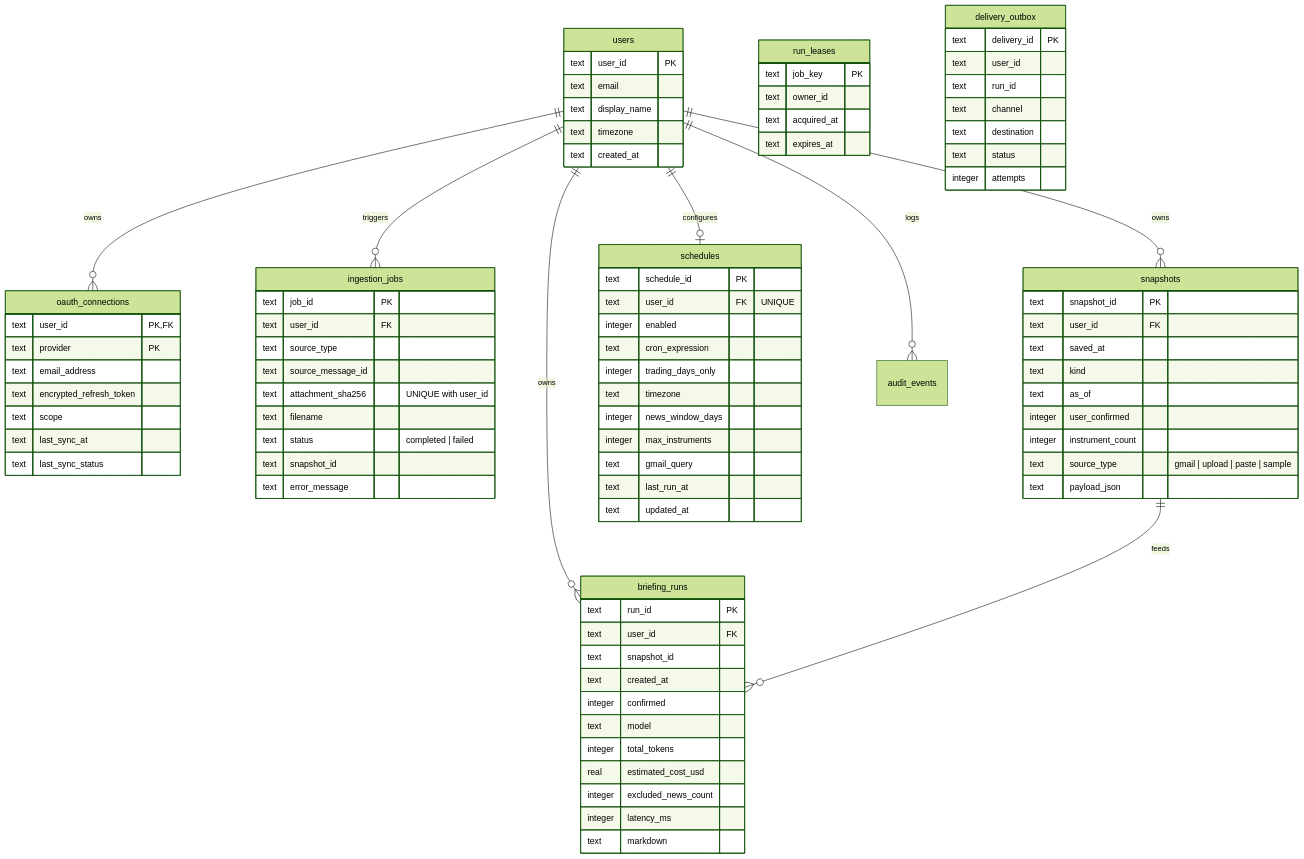
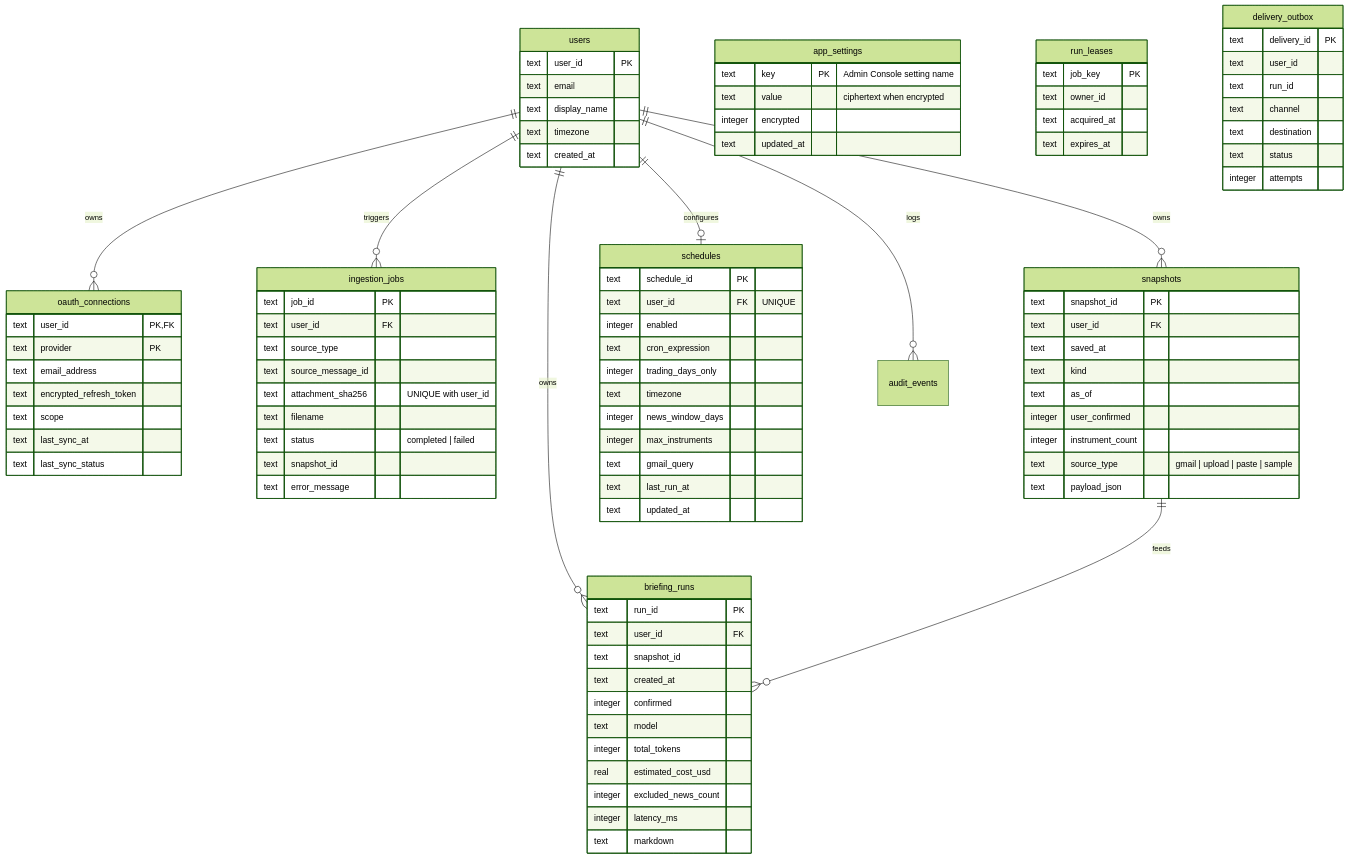
Before and after one commit to ruobin/ledgerpulse: the first of 2 diagrams in docs/low-level-design.md, drawn with Mermaid (forest theme). The commit also changed other lines of this file and 3 other files, not shown here.

First line of the commit message:
docs: model guidance, web search providers, Admin Console and gateways

```diff
--- a/docs/low-level-design.md
+++ b/docs/low-level-design.md
@@ -80,6 +80,12 @@
         text last_run_at
         text updated_at
     }
+    app_settings {
+        text key PK "Admin Console setting name"
+        text value "ciphertext when encrypted"
+        integer encrypted
+        text updated_at
+    }
     run_leases {
         text job_key PK
         text owner_id
```
